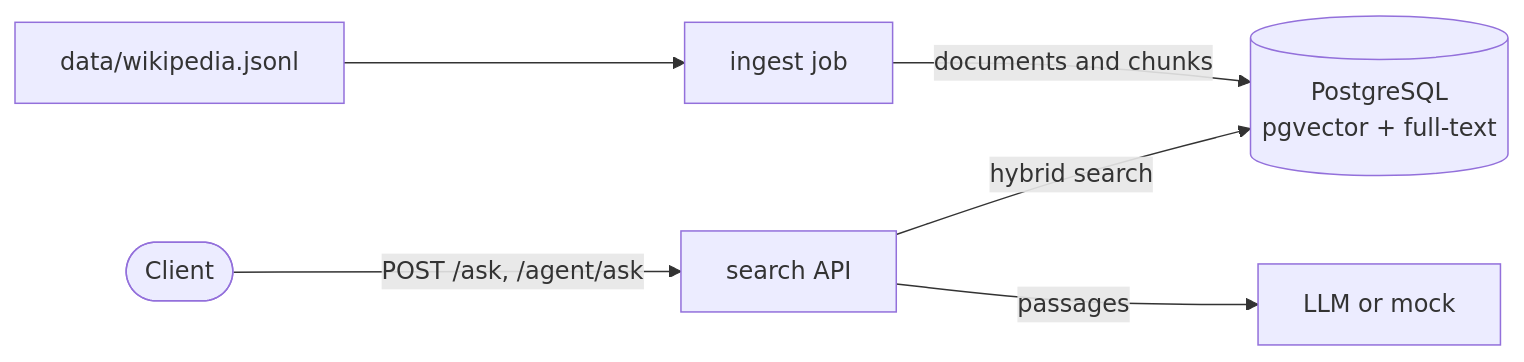
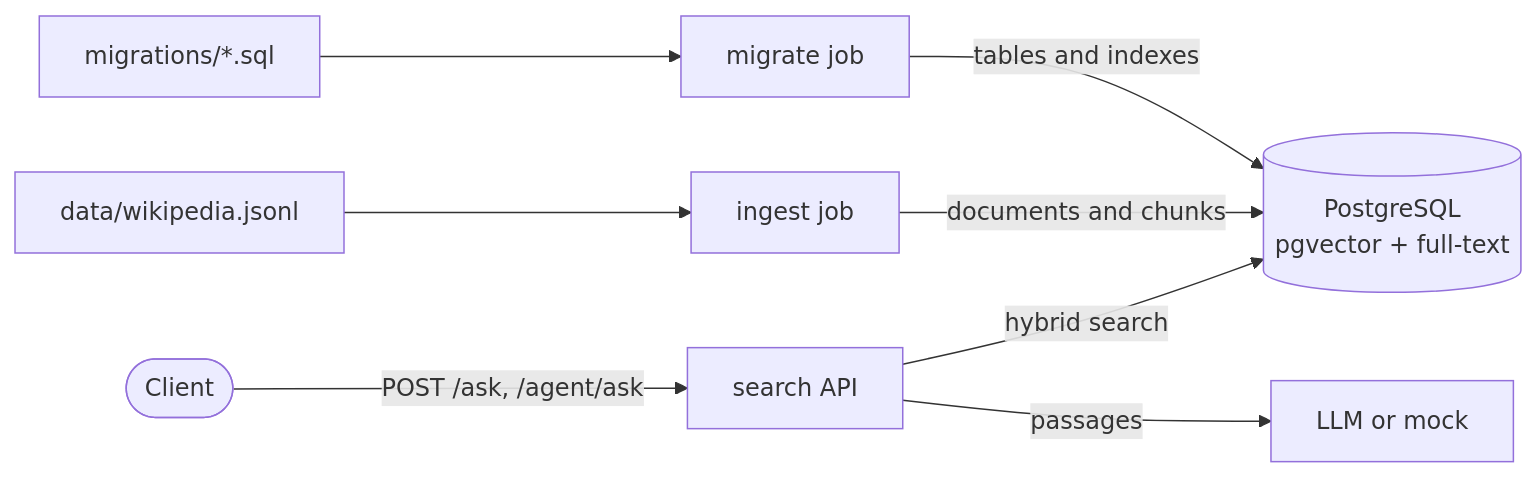
Before and after one commit to arkadaz/EGG-assignment: the first of 2 diagrams in ARCHITECTURE.md, drawn with Mermaid. The commit also changed other lines of this file and 2 other files, not shown here.

Commit message:
docs: describe migrations and the Terraform deployment, add a step-by-step GCP guide

````diff
--- a/ARCHITECTURE.md
+++ b/ARCHITECTURE.md
@@ -5,8 +5,10 @@
 ```mermaid
 flowchart LR
+  migrations[migrations/*.sql] --> migrate[migrate job]
+  migrate -->|tables and indexes| db[("PostgreSQL<br/>pgvector + full-text")]
   data[data/wikipedia.jsonl] --> ingest[ingest job]
-  ingest -->|documents and chunks| db[("PostgreSQL<br/>pgvector + full-text")]
+  ingest -->|documents and chunks| db
   client([Client]) -->|POST /ask, /agent/ask| search[search API]
   search -->|hybrid search| db
   search -->|passages| llm[LLM or mock]
 ```
````
